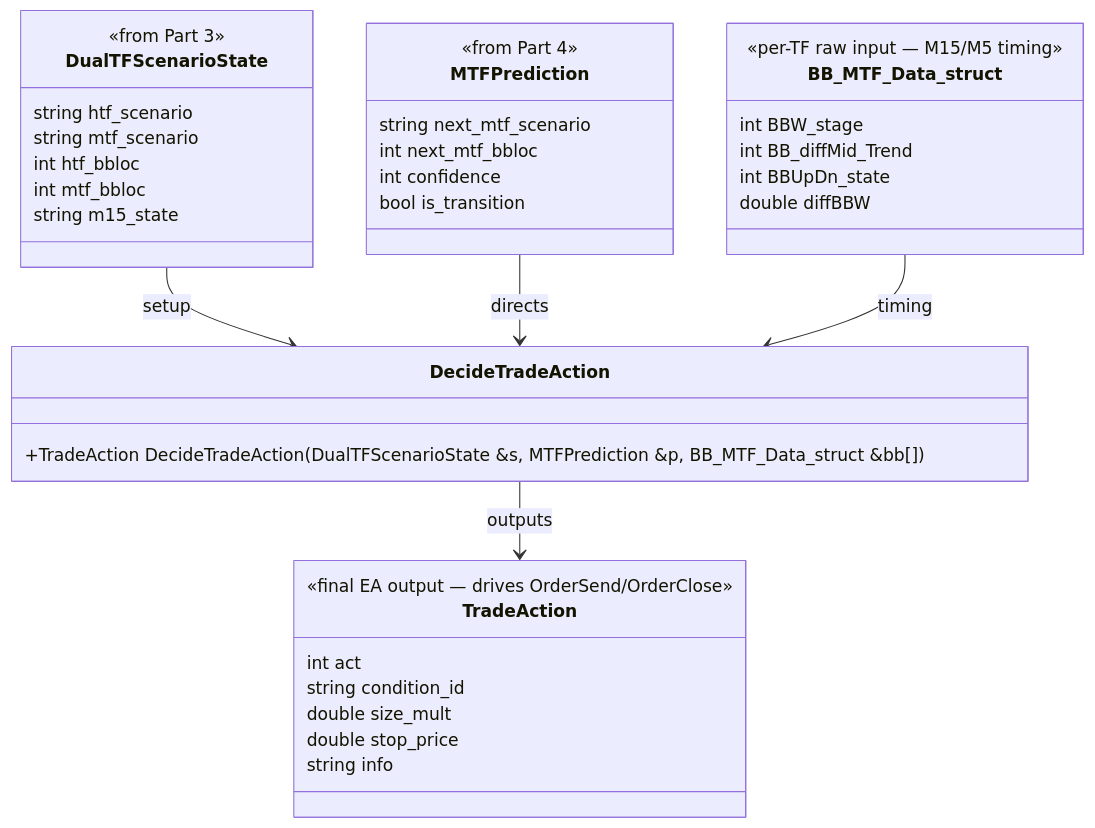
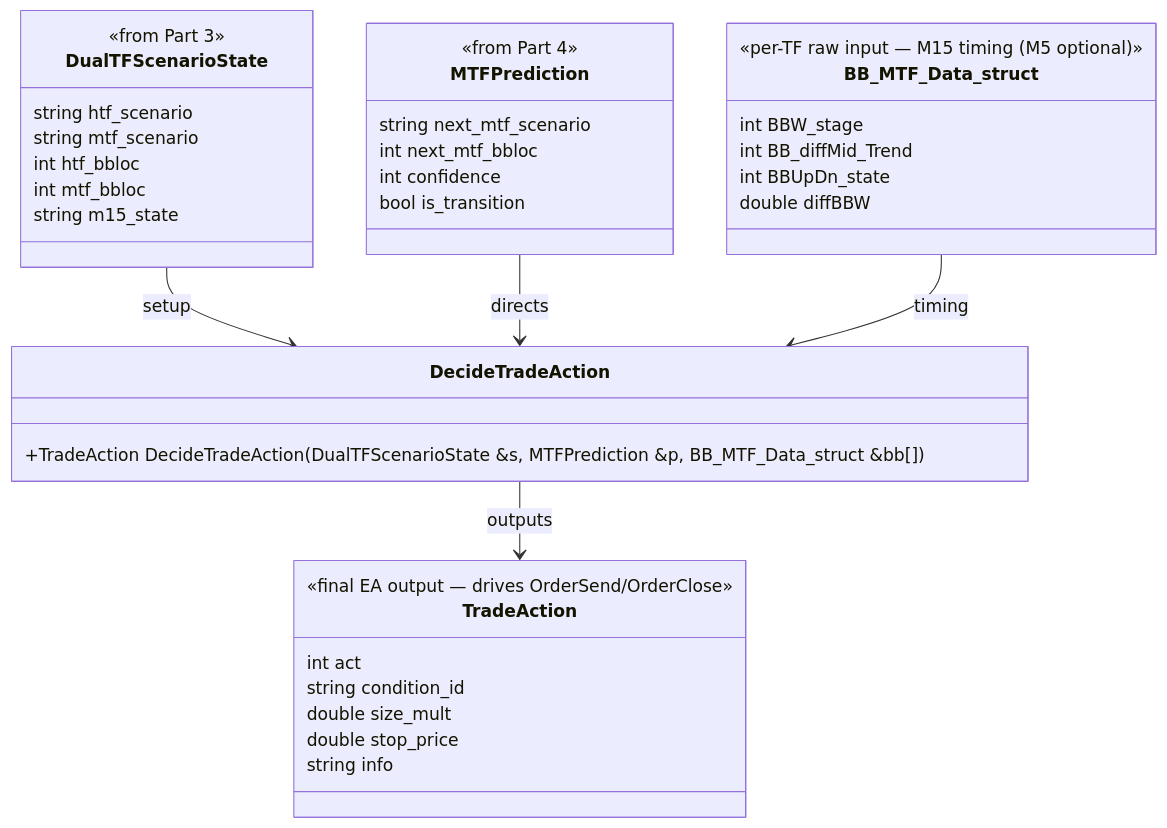
Before and after one commit to Terrypang89/BB_MTF_M15_STRATEGY: the tenth of 13 diagrams in references/DUALTF_ARCHITECTURE.md, drawn with Mermaid. The commit also changed other lines of this file, not shown here.

First line of the commit message:
Apply 5 design refinements to DUALTF_ARCHITECTURE.md

````diff
--- a/references/DUALTF_ARCHITECTURE.md
+++ b/references/DUALTF_ARCHITECTURE.md
@@ -396,45 +464,45 @@
 ```mermaid
 classDiagram
     class DualTFScenarioState {
         <<from Part 3>>
         string htf_scenario
         string mtf_scenario
         int htf_bbloc
         int mtf_bbloc
         string m15_state
     }
 
     class MTFPrediction {
         <<from Part 4>>
         string next_mtf_scenario
         int next_mtf_bbloc
         int confidence
         bool is_transition
     }
 
     class BB_MTF_Data_struct {
-        <<per-TF raw input — M15/M5 timing>>
+        <<per-TF raw input — M15 timing (M5 optional)>>
         int BBW_stage
         int BB_diffMid_Trend
         int BBUpDn_state
         double diffBBW
     }
 
     class TradeAction {
         <<final EA output — drives OrderSend/OrderClose>>
         int act
         string condition_id
         double size_mult
         double stop_price
         string info
     }
 
     class DecideTradeAction {
         +TradeAction DecideTradeAction(DualTFScenarioState &s, MTFPrediction &p, BB_MTF_Data_struct &bb[])
     }
 
     DualTFScenarioState --> DecideTradeAction : setup
     MTFPrediction --> DecideTradeAction : directs
     BB_MTF_Data_struct --> DecideTradeAction : timing
     DecideTradeAction --> TradeAction : outputs
 ```
````
